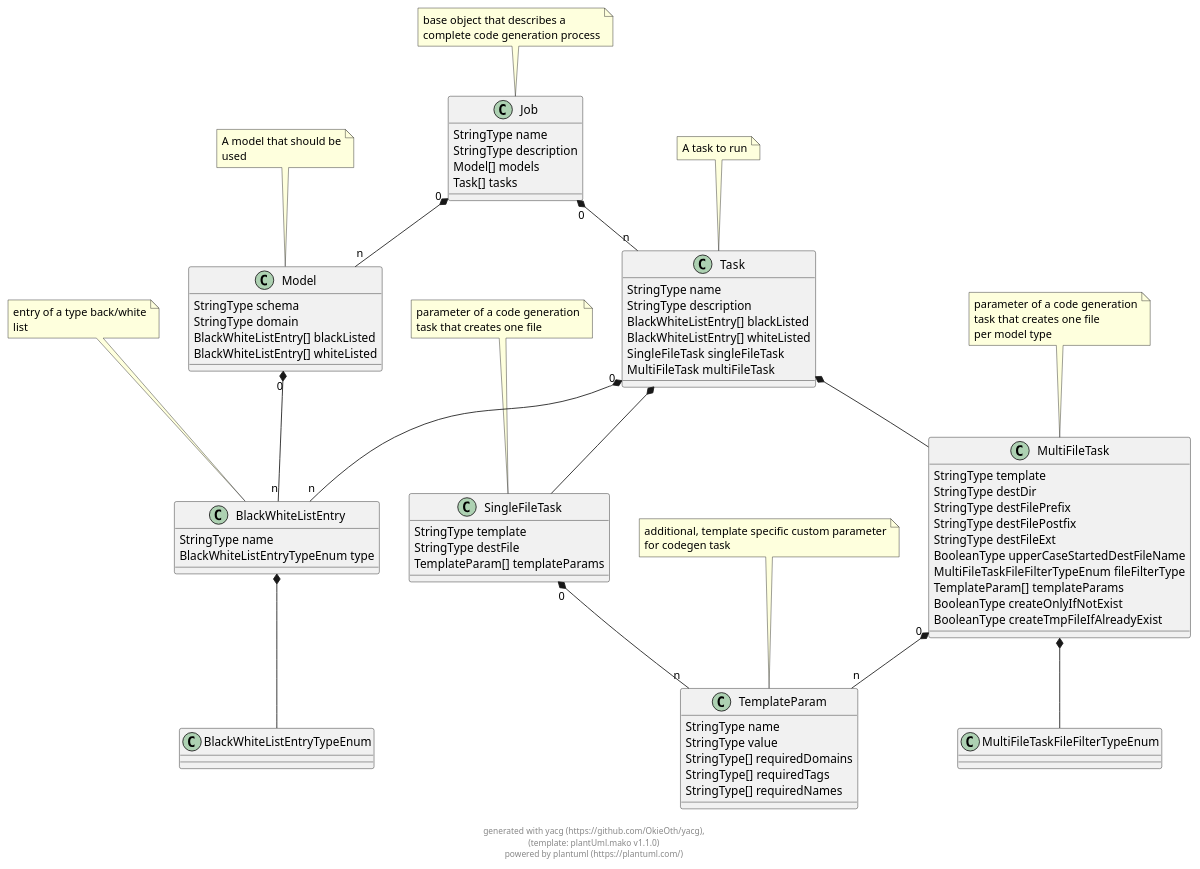
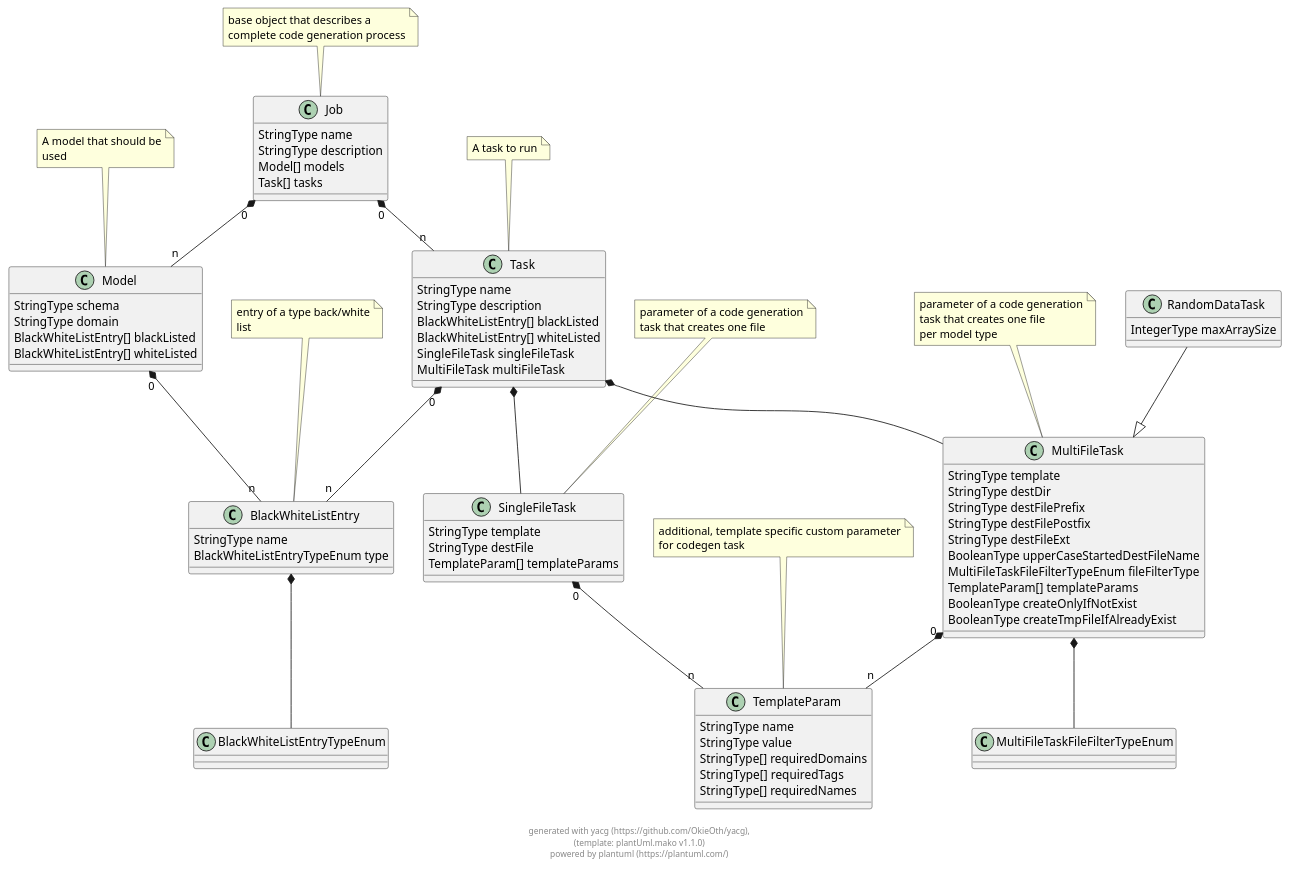
Before and after one commit to OkieOth/yacg: the diagram in docs/puml/yacg_config_schema.puml, drawn with PlantUML. The commit also changed 4 other files, not shown here.

Commit message:
introduce RandomDataTask into the configuration model

```diff
--- a/docs/puml/yacg_config_schema.puml
+++ b/docs/puml/yacg_config_schema.puml
@@ -2,112 +2,119 @@
 @startuml
 
 class Job {
     StringType name 
     StringType description 
     Model[] models 
     Task[] tasks 
 }
  
 note top: base object that describes a\ncomplete code generation process
 
 class Model {
     StringType schema 
     StringType domain 
     BlackWhiteListEntry[] blackListed 
     BlackWhiteListEntry[] whiteListed 
 }
  
 note top: A model that should be\nused
 
 class Task {
     StringType name 
     StringType description 
     BlackWhiteListEntry[] blackListed 
     BlackWhiteListEntry[] whiteListed 
     SingleFileTask singleFileTask 
     MultiFileTask multiFileTask 
 }
  
 note top: A task to run
 
 class BlackWhiteListEntry {
     StringType name 
     BlackWhiteListEntryTypeEnum type 
 }
  
 note top: entry of a type back/white\nlist
 
 class BlackWhiteListEntryTypeEnum {
 }
  
 
 class SingleFileTask {
     StringType template 
     StringType destFile 
     TemplateParam[] templateParams 
 }
  
 note top: parameter of a code generation\ntask that creates one file
 
 class TemplateParam {
     StringType name 
     StringType value 
     StringType[] requiredDomains 
     StringType[] requiredTags 
     StringType[] requiredNames 
 }
  
 note top: additional, template specific custom parameter\nfor codegen task
 
 class MultiFileTask {
     StringType template 
     StringType destDir 
     StringType destFilePrefix 
     StringType destFilePostfix 
     StringType destFileExt 
     BooleanType upperCaseStartedDestFileName 
     MultiFileTaskFileFilterTypeEnum fileFilterType 
     TemplateParam[] templateParams 
     BooleanType createOnlyIfNotExist 
     BooleanType createTmpFileIfAlreadyExist 
 }
  
 note top: parameter of a code generation\ntask that creates one file\nper model type
 
 class MultiFileTaskFileFilterTypeEnum {
 }
  
 
+class RandomDataTask {
+    IntegerType maxArraySize 
+}
+ 
+
+RandomDataTask --|> MultiFileTask
 
     
 Job "0" *-- "n" Model        
             
 Job "0" *-- "n" Task        
             
     
 Model "0" *-- "n" BlackWhiteListEntry        
             
     
 Task "0" *-- "n" BlackWhiteListEntry        
             
 Task  *--  SingleFileTask        
             
 Task  *--  MultiFileTask        
             
     
 BlackWhiteListEntry  *--  BlackWhiteListEntryTypeEnum        
             
     
     
 SingleFileTask "0" *-- "n" TemplateParam        
             
     
     
 MultiFileTask  *--  MultiFileTaskFileFilterTypeEnum        
             
 MultiFileTask "0" *-- "n" TemplateParam        
             
     
+    
 
 footer \ngenerated with yacg (https://github.com/OkieOth/yacg),\n(template: plantUml.mako v1.1.0)\npowered by plantuml (https://plantuml.com/)
 @enduml
```
